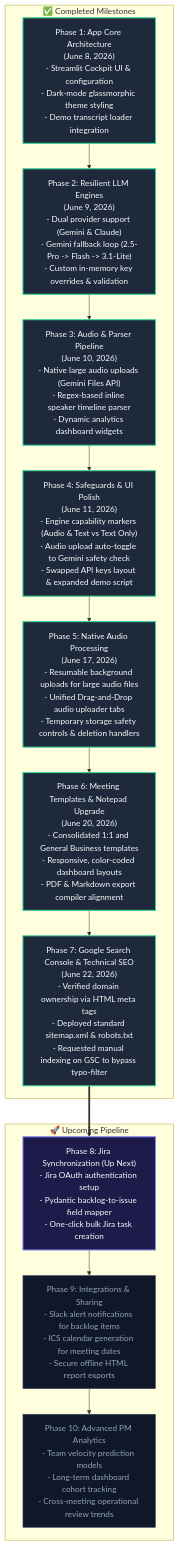
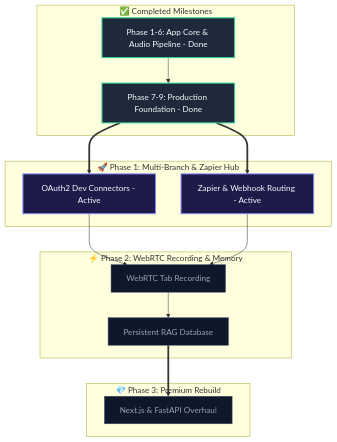
Before and after one commit to AItools-guru/AItools-guru: the diagram in Kall-AI-workspace/Roadmap - Implementation Plan/premium_roadmap/premium_roadmap.md, drawn with Mermaid. The commit also changed other lines of this file and 1 other file, not shown here.

Commit message:
docs: update master roadmap and premium strategy for multi-branch pivot

````diff
--- a/Kall-AI-workspace/Roadmap - Implementation Plan/premium_roadmap/premium_roadmap.md
+++ b/Kall-AI-workspace/Roadmap - Implementation Plan/premium_roadmap/premium_roadmap.md
@@ -59,33 +49,33 @@
 ```mermaid
 graph TD
-    %% Define Styles
     classDef done fill:#1e293b,stroke:#34d399,stroke-width:2px,color:#f8fafc;
     classDef current fill:#1e1b4b,stroke:#818cf8,stroke-width:2px,color:#f8fafc;
     classDef next fill:#0f172a,stroke:#475569,stroke-width:1px,color:#94a3b8;
 
     subgraph Completed["✅ Completed Milestones"]
-        M1["Phase 1: App Core Architecture<br/>(June 8, 2026)<br/>- Streamlit Cockpit UI & configuration<br/>- Dark-mode glassmorphic theme styling<br/>- Demo transcript loader integration"]:::done
-        M2["Phase 2: Resilient LLM Engines<br/>(June 9, 2026)<br/>- Dual provider support (Gemini & Claude)<br/>- Gemini fallback loop (2.5-Pro -> Flash -> 3.1-Lite)<br/>- Custom in-memory key overrides & validation"]:::done
-        M3["Phase 3: Audio & Parser Pipeline<br/>(June 10, 2026)<br/>- Native large audio uploads (Gemini Files API)<br/>- Regex-based inline speaker timeline parser<br/>- Dynamic analytics dashboard widgets"]:::done
-        M4["Phase 4: Safeguards & UI Polish<br/>(June 11, 2026)<br/>- Engine capability markers (Audio & Text vs Text Only)<br/>- Audio upload auto-toggle to Gemini safety check<br/>- Swapped API keys layout & expanded demo script"]:::done
-        M5["Phase 5: Native Audio Processing<br/>(June 17, 2026)<br/>- Resumable background uploads for large audio files<br/>- Unified Drag-and-Drop audio uploader tabs<br/>- Temporary storage safety controls & deletion handlers"]:::done
-        M6["Phase 6: Meeting Templates & Notepad Upgrade<br/>(June 20, 2026)<br/>- Consolidated 1:1 and General Business templates<br/>- Responsive, color-coded dashboard layouts<br/>- PDF & Markdown export compiler alignment"]:::done
-        M7["Phase 7: Google Search Console & Technical SEO<br/>(June 22, 2026)<br/>- Verified domain ownership via HTML meta tags<br/>- Deployed standard sitemap.xml & robots.txt<br/>- Requested manual indexing on GSC to bypass typo-filter"]:::done
+        M1["Phase 1-6: App Core & Audio Pipeline - Done"]:::done
+        M2["Phase 7-9: Production Foundation - Done"]:::done
     end
 
-    subgraph Pipeline["🚀 Upcoming Pipeline"]
-        N1["Phase 8: Jira Synchronization (Up Next)<br/>- Jira OAuth authentication setup<br/>- Pydantic backlog-to-issue field mapper<br/>- One-click bulk Jira task creation"]:::current
-        N2["Phase 9: Integrations & Sharing<br/>- Slack alert notifications for backlog items<br/>- ICS calendar generation for meeting dates<br/>- Secure offline HTML report exports"]:::next
-        N3["Phase 10: Advanced PM Analytics<br/>- Team velocity prediction models<br/>- Long-term dashboard cohort tracking<br/>- Cross-meeting operational review trends"]:::next
+    subgraph Phase1["🚀 Phase 1: Multi-Branch & Zapier Hub"]
+        N1["OAuth2 Dev Connectors - Active"]:::current
+        N2["Zapier & Webhook Routing - Active"]:::current
+    end
+
+    subgraph Phase2["⚡ Phase 2: WebRTC Recording & Memory"]
+        N3["WebRTC Tab Recording"]:::next
+        N4["Persistent RAG Database"]:::next
+    end
+
+    subgraph Phase3["💎 Phase 3: Premium Rebuild"]
+        N5["Next.js & FastAPI Overhaul"]:::next
     end
 
     M1 --> M2
-    M2 --> M3
-    M3 --> M4
-    M4 --> M5
-    M5 --> M6
-    M6 --> M7
-    M7 ==> N1
-    N1 --> N2
+    M2 ==> N1
+    M2 ==> N2
+    N1 --> N3
     N2 --> N3
+    N3 --> N4
+    N4 ==> N5
 ```
````
